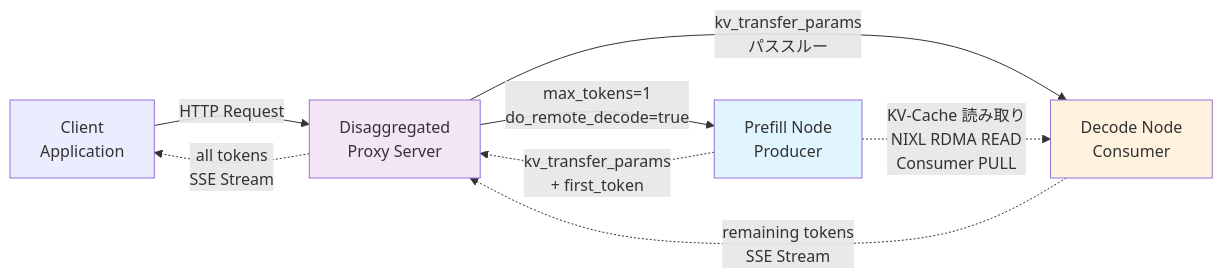
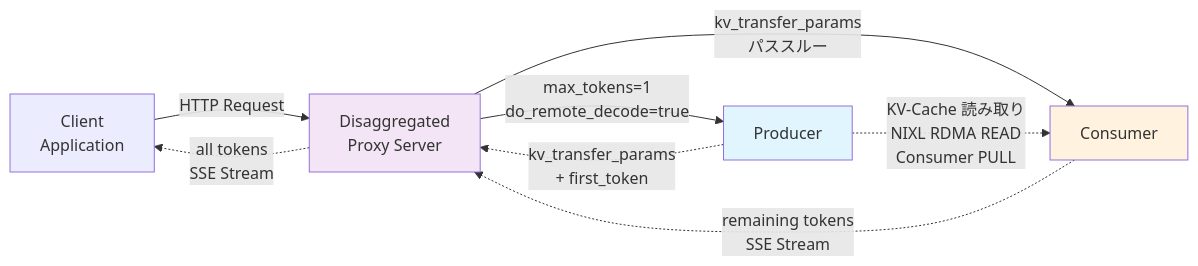
The first of 14 diagrams in articles/3dd524130320d3.md (littlemex/zenn), drawn with Mermaid before and after one commit. The commit also changed other lines of this file, not shown here.

````diff
--- a/articles/3dd524130320d3.md
+++ b/articles/3dd524130320d3.md
@@ -42,14 +42,14 @@
 ```mermaid
 graph LR
     Client[Client<br/>Application] -->|HTTP Request| Proxy[Disaggregated<br/>Proxy Server]
-    Proxy -->|"max_tokens=1<br/>do_remote_decode=true"| Prefill[Prefill Node<br/>Producer]
+    Proxy -->|"max_tokens=1<br/>do_remote_decode=true"| Prefill[Producer]
     Prefill -.->|"kv_transfer_params<br/>+ first_token"| Proxy
-    Proxy -->|"kv_transfer_params<br/>パススルー"| Decode[Decode Node<br/>Consumer]
+    Proxy -->|"kv_transfer_params<br/>パススルー"| Decode[Consumer]
     Decode -.->|"remaining tokens<br/>SSE Stream"| Proxy
     Proxy -.->|"all tokens<br/>SSE Stream"| Client
     Prefill -.->|"KV-Cache 読み取り<br/>NIXL RDMA READ<br/>Consumer PULL"| Decode
 
     style Prefill fill: #e1f5fe
     style Decode fill: #fff3e0
     style Proxy fill: #f3e5f5
 ```
````
